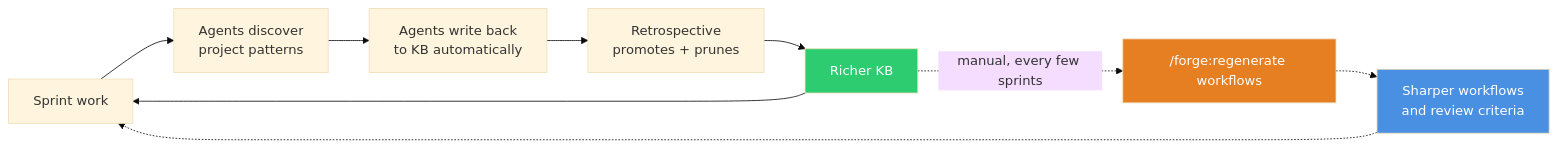
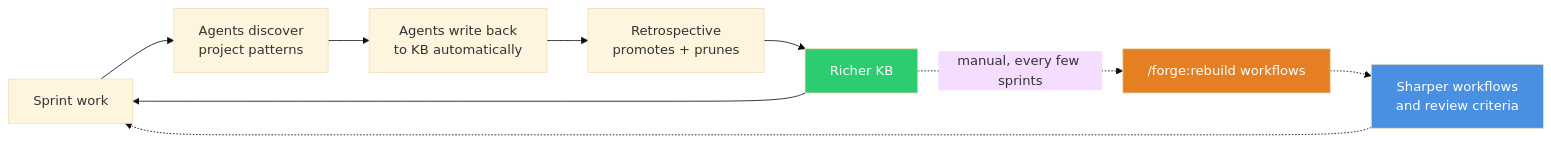
Before and after one commit to Entelligentsia/forge: the fourth of 4 diagrams in docs/existing-project.md, drawn with Mermaid (base theme). The commit also changed other lines of this file and 40 other files, not shown here.

````diff
--- a/docs/existing-project.md
+++ b/docs/existing-project.md
@@ -137,16 +134,16 @@
 ```mermaid
 flowchart LR
     S[Sprint work] --> D[Agents discover<br/>project patterns]
     D --> W[Agents write back<br/>to KB automatically]
     W --> R[Retrospective<br/>promotes + prunes]
     R --> B[Richer KB]
     B --> S
 
-    B -.->|manual, every few sprints| RG["/forge:regenerate workflows"]
+    B -.->|manual, every few sprints| RG["/forge:rebuild workflows"]
     RG -.-> WF[Sharper workflows<br/>and review criteria]
     WF -.-> S
 
     style B fill:#2ecc71,color:#fff
     style RG fill:#e67e22,color:#fff
     style WF fill:#4a90e2,color:#fff
 ```
````
